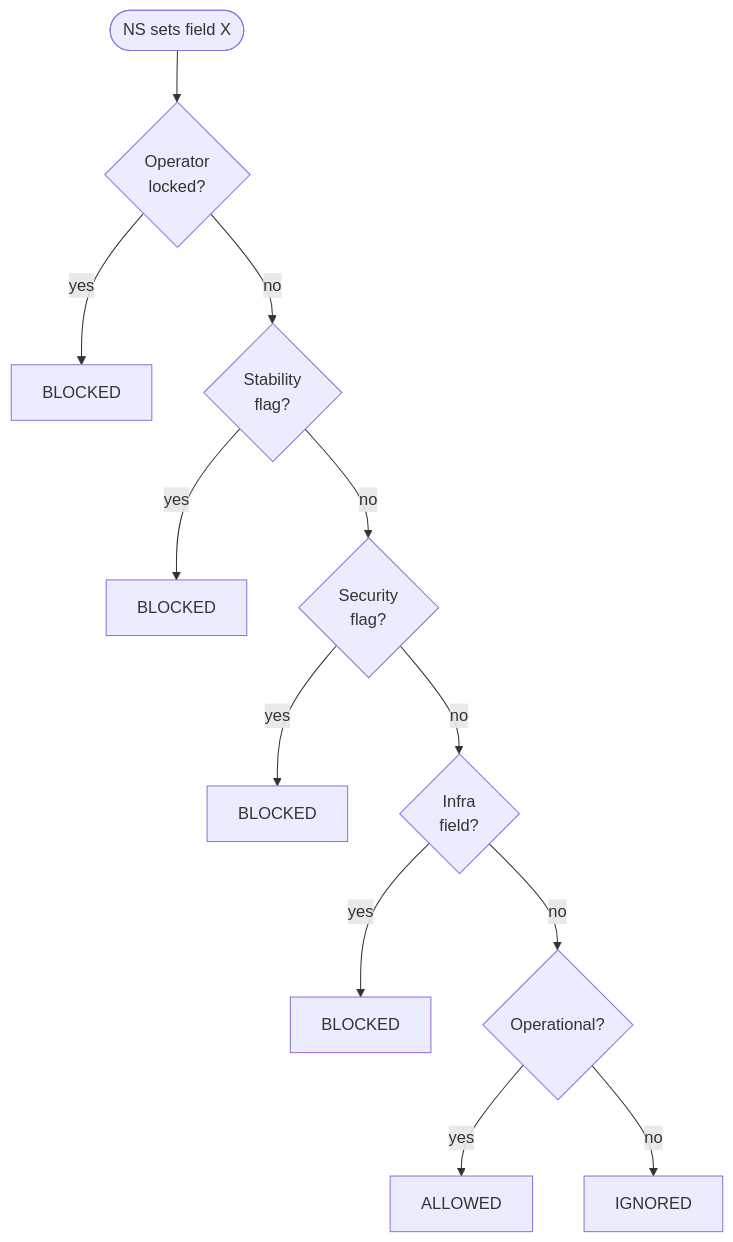
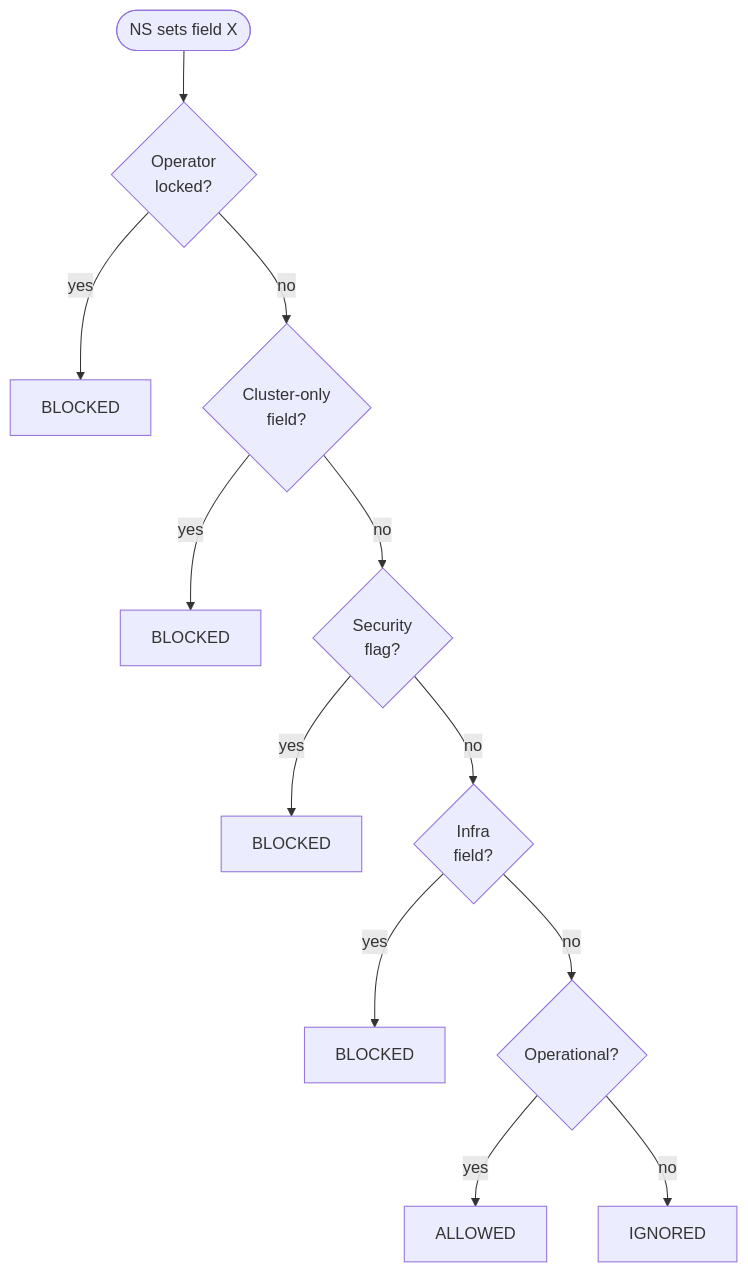
One commit to tektoncd/community changed the fourth of 6 diagrams in teps/0085-per-namespace-controller-configuration.md. Above: the diagram before and after it, drawn with Mermaid. The commit also changed other lines of this file and 1 other file, not shown here.

````diff
--- a/teps/0085-per-namespace-controller-configuration.md
+++ b/teps/0085-per-namespace-controller-configuration.md
@@ -503,20 +503,20 @@
 ```mermaid
 flowchart TD
     Start([NS sets field X])
 
     Start --> Gate1{Operator<br/>locked?}
     Gate1 -->|yes| Block1[BLOCKED]
-    Gate1 -->|no| Gate2{Stability<br/>flag?}
+    Gate1 -->|no| Gate2{Cluster-only<br/>field?}
 
     Gate2 -->|yes| Block2[BLOCKED]
     Gate2 -->|no| Gate3{Security<br/>flag?}
 
     Gate3 -->|yes| Block3[BLOCKED]
     Gate3 -->|no| Gate4{Infra<br/>field?}
 
     Gate4 -->|yes| Block4[BLOCKED]
     Gate4 -->|no| Gate5{Operational?}
 
     Gate5 -->|yes| Allow[ALLOWED]
     Gate5 -->|no| Unknown[IGNORED]
 ```
````
